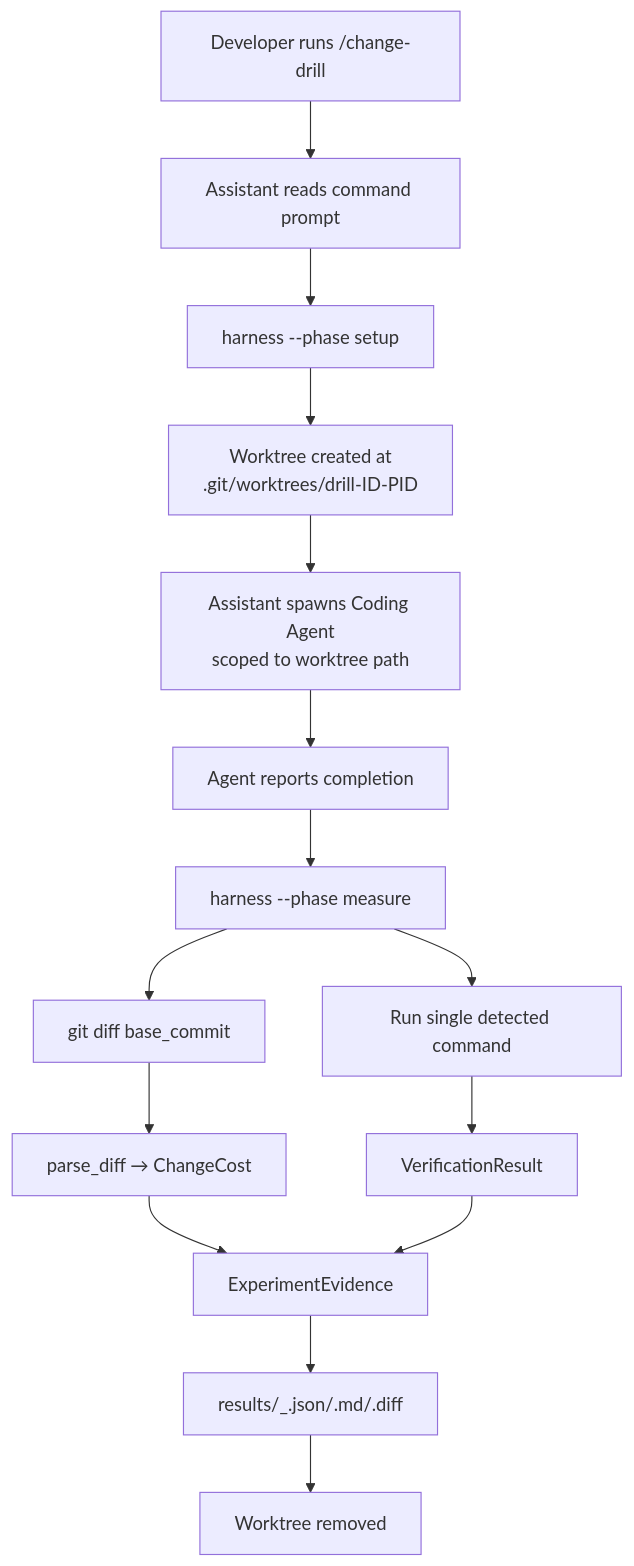
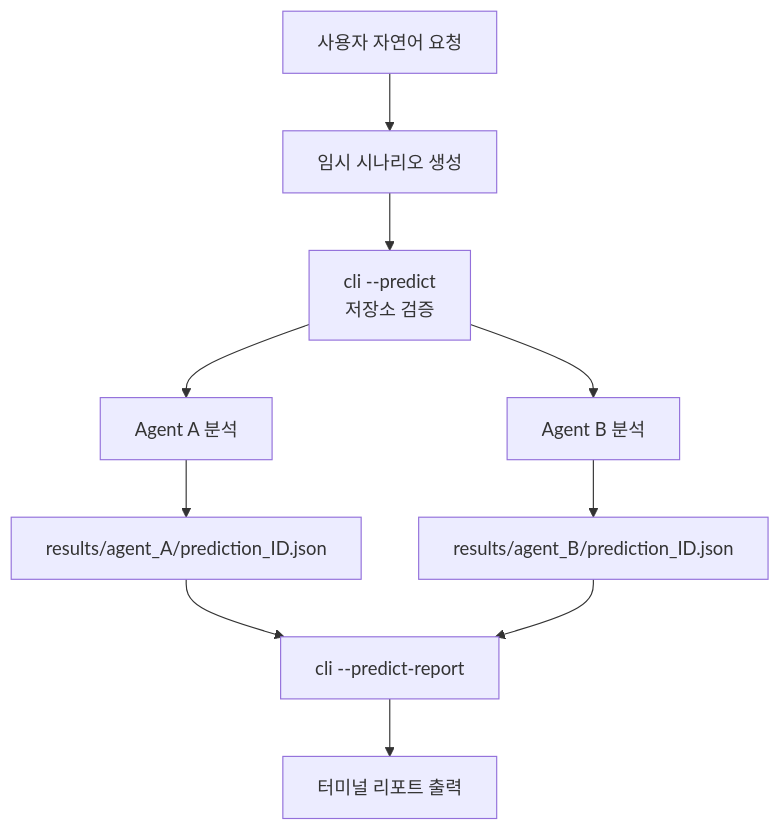
Before and after one commit to ReviewTicketFullstack/MiniProject: the first of 2 diagrams in docs/system_design.md, drawn with Mermaid. The commit also changed other lines of this file and 3 other files, not shown here.

````diff
--- a/docs/system_design.md
+++ b/docs/system_design.md
@@ -23,17 +32,12 @@
 ```mermaid
 flowchart TD
-    A[Developer runs /change-drill] --> B[Assistant reads command prompt]
-    B --> C["harness --phase setup"]
-    C --> D[Worktree created at<br/>.git/worktrees/drill-ID-PID]
-    D --> E[Assistant spawns Coding Agent<br/>scoped to worktree path]
-    E --> F[Agent reports completion]
-    F --> G["harness --phase measure"]
-    G --> H[git diff base_commit]
-    H --> I[parse_diff → ChangeCost]
-    G --> J[Run single detected command]
-    J --> K[VerificationResult]
-    I --> L[ExperimentEvidence]
-    K --> L
-    L --> M["results/<id>_<ts>.json/.md/.diff"]
-    M --> N[Worktree removed]
+    A[사용자 자연어 요청] --> B[임시 시나리오 생성]
+    B --> C["cli --predict<br/>저장소 검증"]
+    C --> D[Agent A 분석]
+    C --> E[Agent B 분석]
+    D --> F["results/agent_A/prediction_ID.json"]
+    E --> G["results/agent_B/prediction_ID.json"]
+    F --> H["cli --predict-report"]
+    G --> H
+    H --> I[터미널 리포트 출력]
 ```
````
